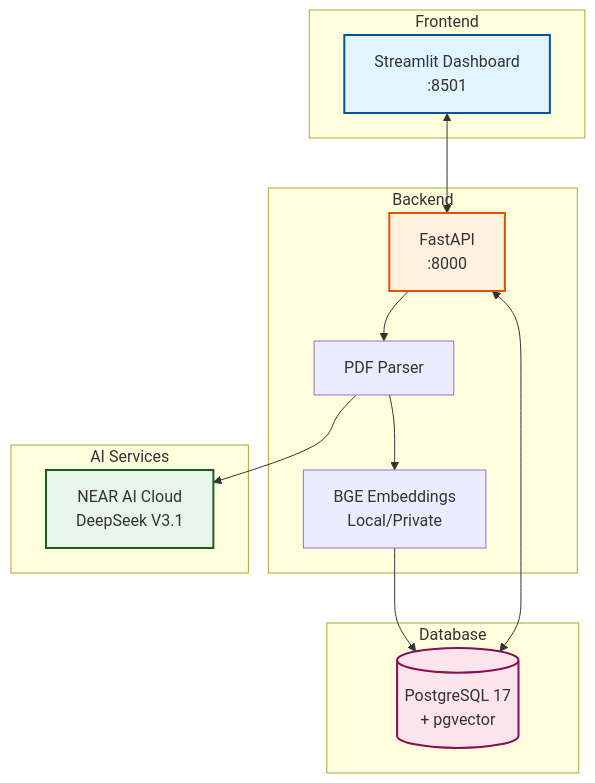
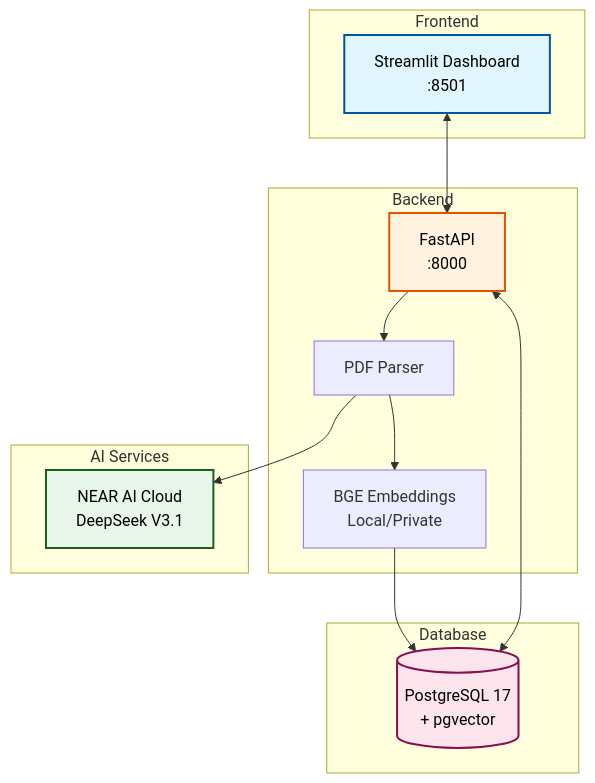
One commit to Brand0Mand0/Invoice-intelligence changed the first of 2 diagrams in README.md. Above: the diagram before and after it, drawn with Mermaid. The commit also changed other lines of this file and 3 other files, not shown here.

First line of the commit message:
docs: improve diagram text contrast and remove standalone architecture files

````diff
--- a/README.md
+++ b/README.md
@@ -47,32 +47,32 @@
 ```mermaid
 flowchart TB
     subgraph "Frontend"
         UI[Streamlit Dashboard<br/>:8501]
     end
 
     subgraph "Backend"
         API[FastAPI<br/>:8000]
         PARSER[PDF Parser]
         EMBED[BGE Embeddings<br/>Local/Private]
     end
 
     subgraph "AI Services"
         NEAR[NEAR AI Cloud<br/>DeepSeek V3.1]
     end
 
     subgraph "Database"
         PG[(PostgreSQL 17<br/>+ pgvector)]
     end
 
     UI <--> API
     API --> PARSER
     PARSER --> NEAR
     PARSER --> EMBED
     EMBED --> PG
     API <--> PG
 
-    style UI fill:#e1f5ff,stroke:#01579b,stroke-width:2px
-    style API fill:#fff3e0,stroke:#e65100,stroke-width:2px
-    style NEAR fill:#e8f5e9,stroke:#1b5e20,stroke-width:2px
-    style PG fill:#fce4ec,stroke:#880e4f,stroke-width:2px
+    style UI fill:#e1f5ff,stroke:#01579b,stroke-width:2px,color:#000
+    style API fill:#fff3e0,stroke:#e65100,stroke-width:2px,color:#000
+    style NEAR fill:#e8f5e9,stroke:#1b5e20,stroke-width:2px,color:#000
+    style PG fill:#fce4ec,stroke:#880e4f,stroke-width:2px,color:#000
 ```
````
